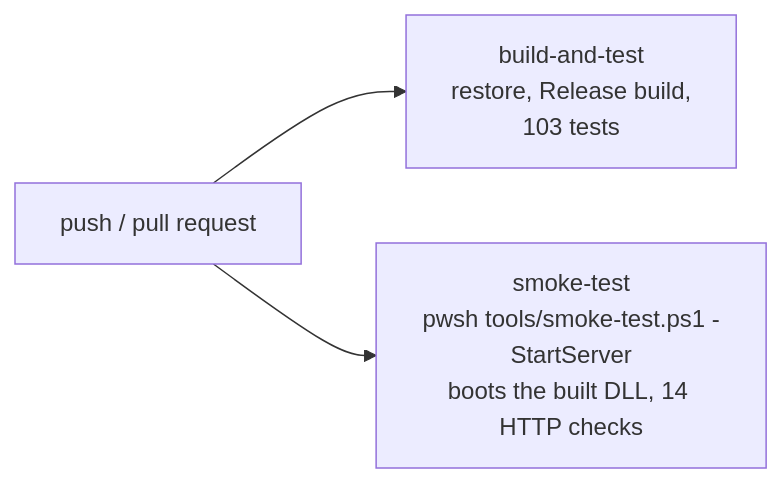
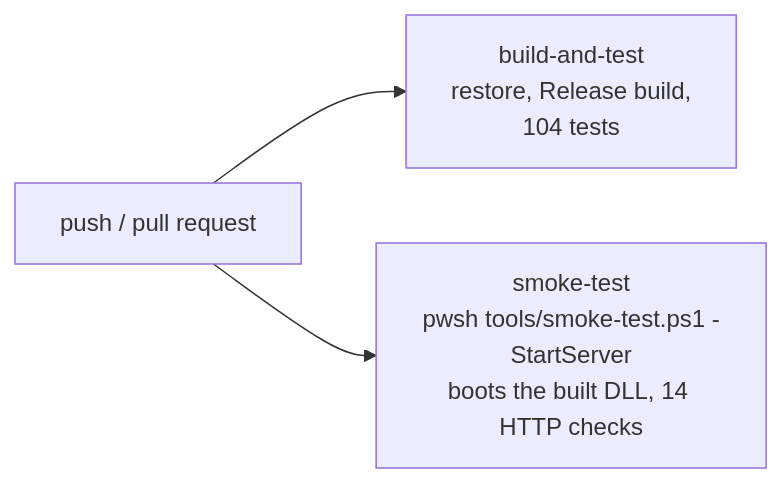
One commit to bgard68/Net10Sudoku changed the diagram in docs/testing.md. Above: the diagram before and after it, drawn with Mermaid. The commit also changed other lines of this file and 2 other files, not shown here.

````diff
--- a/docs/testing.md
+++ b/docs/testing.md
@@ -180,5 +186,5 @@
 ```mermaid
 flowchart LR
-    Push["push / pull request"] --> A["build-and-test<br/>restore, Release build,<br/>103 tests"]
+    Push["push / pull request"] --> A["build-and-test<br/>restore, Release build,<br/>104 tests"]
     Push --> B["smoke-test<br/>pwsh tools/smoke-test.ps1 -StartServer<br/>boots the built DLL, 14 HTTP checks"]
 ```
````
